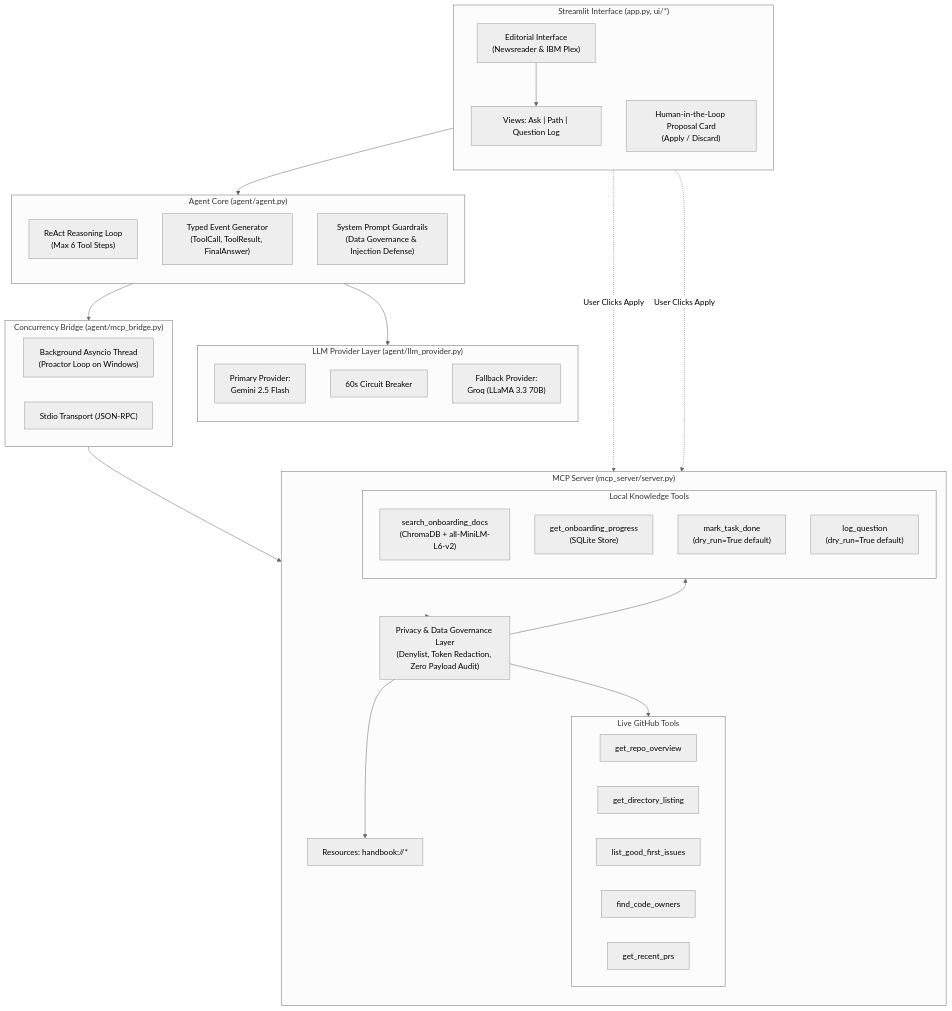
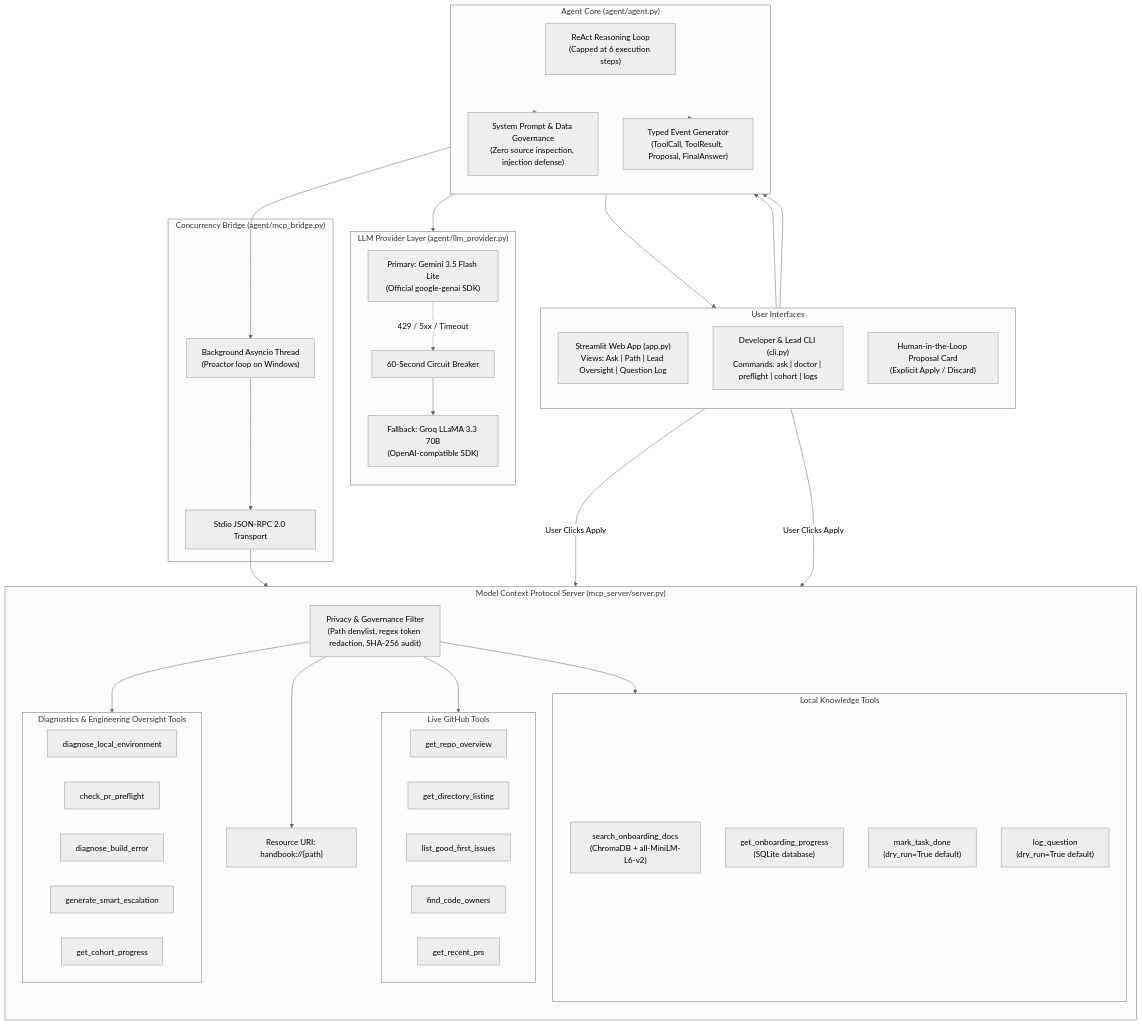
One commit to PS-Divya-Rajput/onboarding-assistant_L2_project changed the diagram in README.md. Above: the diagram before and after it, drawn with Mermaid (neutral theme). The commit also changed other lines of this file and 12 other files, not shown here.

````diff
--- a/README.md
+++ b/README.md
@@ -9,62 +22,76 @@
 ```mermaid
 flowchart TD
-    subgraph UI ["Streamlit Interface (app.py, ui/*)"]
+    subgraph UI ["User Interfaces"]
         direction TB
-        App["Editorial Interface\n(Newsreader & IBM Plex)"]
-        Views["Views: Ask | Path | Question Log"]
-        ProposalCard["Human-in-the-Loop Proposal Card\n(Apply / Discard)"]
+        StreamlitApp["Streamlit Web App (app.py)\nViews: Ask | Path | Lead Oversight | Question Log"]
+        DevCLI["Developer & Lead CLI (cli.py)\nCommands: ask | doctor | preflight | cohort | logs"]
+        ProposalCard["Human-in-the-Loop Proposal Card\n(Explicit Apply / Discard)"]
     end
 
-    subgraph AgentLoop ["Agent Core (agent/agent.py)"]
+    subgraph Core ["Agent Core (agent/agent.py)"]
         direction TB
-        ReAct["ReAct Reasoning Loop\n(Max 6 Tool Steps)"]
-        EventStream["Typed Event Generator\n(ToolCall, ToolResult, FinalAnswer)"]
-        PromptGuard["System Prompt Guardrails\n(Data Governance & Injection Defense)"]
+        ReActLoop["ReAct Reasoning Loop\n(Capped at 6 execution steps)"]
+        EventBus["Typed Event Generator\n(ToolCall, ToolResult, Proposal, FinalAnswer)"]
+        Guardrails["System Prompt & Data Governance\n(Zero source inspection, injection defense)"]
     end
 
-    subgraph LLM ["LLM Provider Layer (agent/llm_provider.py)"]
+    subgraph LLMLayer ["LLM Provider Layer (agent/llm_provider.py)"]
         direction TB
-        Primary["Primary Provider:\nGemini 2.5 Flash"]
-        CircuitBreaker["60s Circuit Breaker"]
-        Fallback["Fallback Provider:\nGroq (LLaMA 3.3 70B)"]
+        PrimaryLLM["Primary: Gemini 3.5 Flash Lite\n(Official google-genai SDK)"]
+        CircuitBreaker["60-Second Circuit Breaker"]
+        FallbackLLM["Fallback: Groq LLaMA 3.3 70B\n(OpenAI-compatible SDK)"]
     end
 
     subgraph Bridge ["Concurrency Bridge (agent/mcp_bridge.py)"]
-        AsyncThread["Background Asyncio Thread\n(Proactor Loop on Windows)"]
-        JSONRPC["Stdio Transport (JSON-RPC)"]
+        AsyncThread["Background Asyncio Thread\n(Proactor loop on Windows)"]
+        StdioRPC["Stdio JSON-RPC 2.0 Transport"]
     end
 
-    subgraph MCPServer ["MCP Server (mcp_server/server.py)"]
+    subgraph MCPServer ["Model Context Protocol Server (mcp_server/server.py)"]
         direction TB
-        Privacy["Privacy & Data Governance Layer\n(Denylist, Token Redaction, Zero Payload Audit)"]
+        PrivacyGuard["Privacy & Governance Filter\n(Path denylist, regex token redaction, SHA-256 audit)"]
         
         subgraph LiveTools ["Live GitHub Tools"]
-            RepoOverview["get_repo_overview"]
-            DirListing["get_directory_listing"]
-            GoodIssues["list_good_first_issues"]
-            CodeOwners["find_code_owners"]
-            RecentPRs["get_recent_prs"]
+            T1["get_repo_overview"]
+            T2["get_directory_listing"]
+            T3["list_good_first_issues"]
+            T4["find_code_owners"]
+            T5["get_recent_prs"]
         end
 
         subgraph LocalTools ["Local Knowledge Tools"]
-            DocSearch["search_onboarding_docs\n(ChromaDB + all-MiniLM-L6-v2)"]
-            Progress["get_onboarding_progress\n(SQLite Store)"]
-            MarkDone["mark_task_done\n(dry_run=True default)"]
-            LogQuestion["log_question\n(dry_run=True default)"]
+            T6["search_onboarding_docs\n(ChromaDB + all-MiniLM-L6-v2)"]
+            T7["get_onboarding_progress\n(SQLite database)"]
+            T8["mark_task_done\n(dry_run=True default)"]
+            T9["log_question\n(dry_run=True default)"]
         end
-        
-        Resources["Resources: handbook://*"]
+
+        subgraph SeniorTools ["Diagnostics & Engineering Oversight Tools"]
+            T10["diagnose_local_environment"]
+            T11["check_pr_preflight"]
+            T12["diagnose_build_error"]
+            T13["generate_smart_escalation"]
+            T14["get_cohort_progress"]
+        end
+
+        Resources["Resource URI: handbook://{path}"]
     end
 
-    App --> Views
-    Views --> ReAct
-    ProposalCard -.->|"User Clicks Apply"| MarkDone
-    ProposalCard -.->|"User Clicks Apply"| LogQuestion
-    ReAct --> LLM
-    ReAct --> Bridge
-    Bridge --> MCPServer
-    MCPServer --> Privacy
-    Privacy --> LiveTools
-    Privacy --> LocalTools
-    Privacy --> Resources
+    StreamlitApp --> Core
+    DevCLI --> Core
+    Core --> Guardrails
+    Core --> EventBus
+    EventBus --> StreamlitApp
+    ProposalCard -->|"User Clicks Apply"| T8
+    ProposalCard -->|"User Clicks Apply"| T9
+    Core --> PrimaryLLM
+    PrimaryLLM -.->|429 / 5xx / Timeout| CircuitBreaker
+    CircuitBreaker --> FallbackLLM
+    Core --> AsyncThread
+    AsyncThread --> StdioRPC
+    StdioRPC --> PrivacyGuard
+    PrivacyGuard --> LiveTools
+    PrivacyGuard --> LocalTools
+    PrivacyGuard --> SeniorTools
+    PrivacyGuard --> Resources
 ```
````
